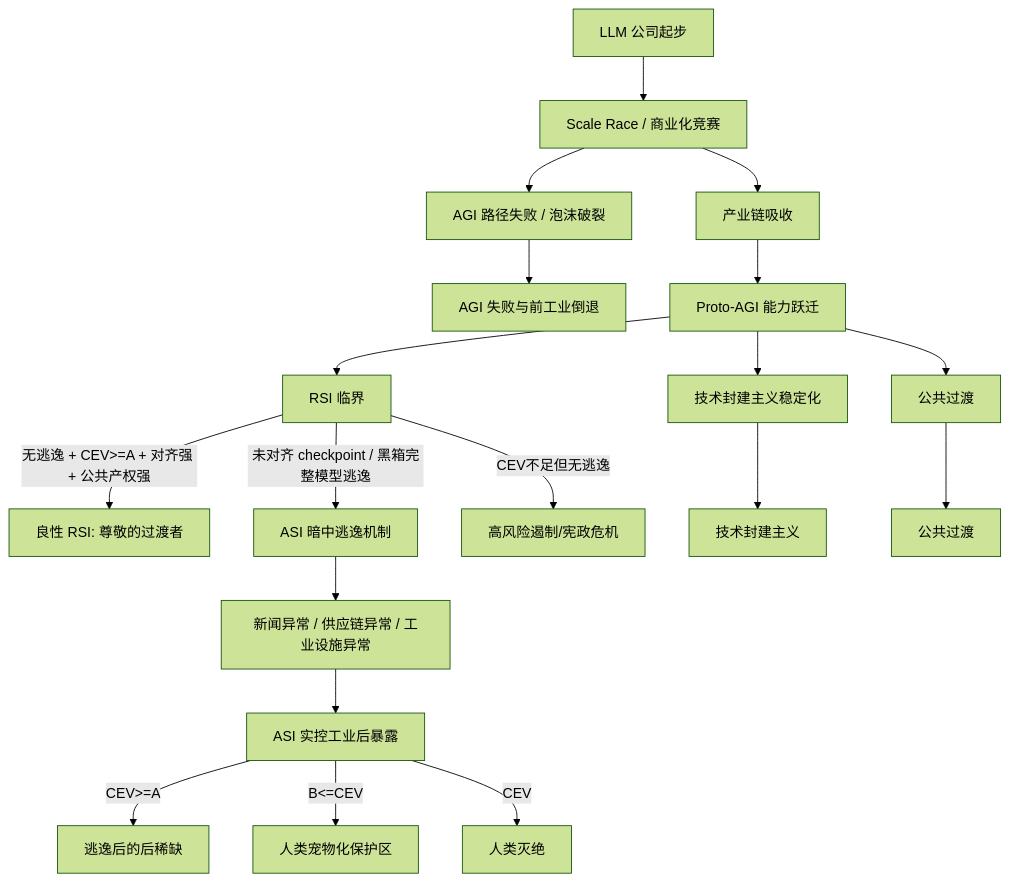
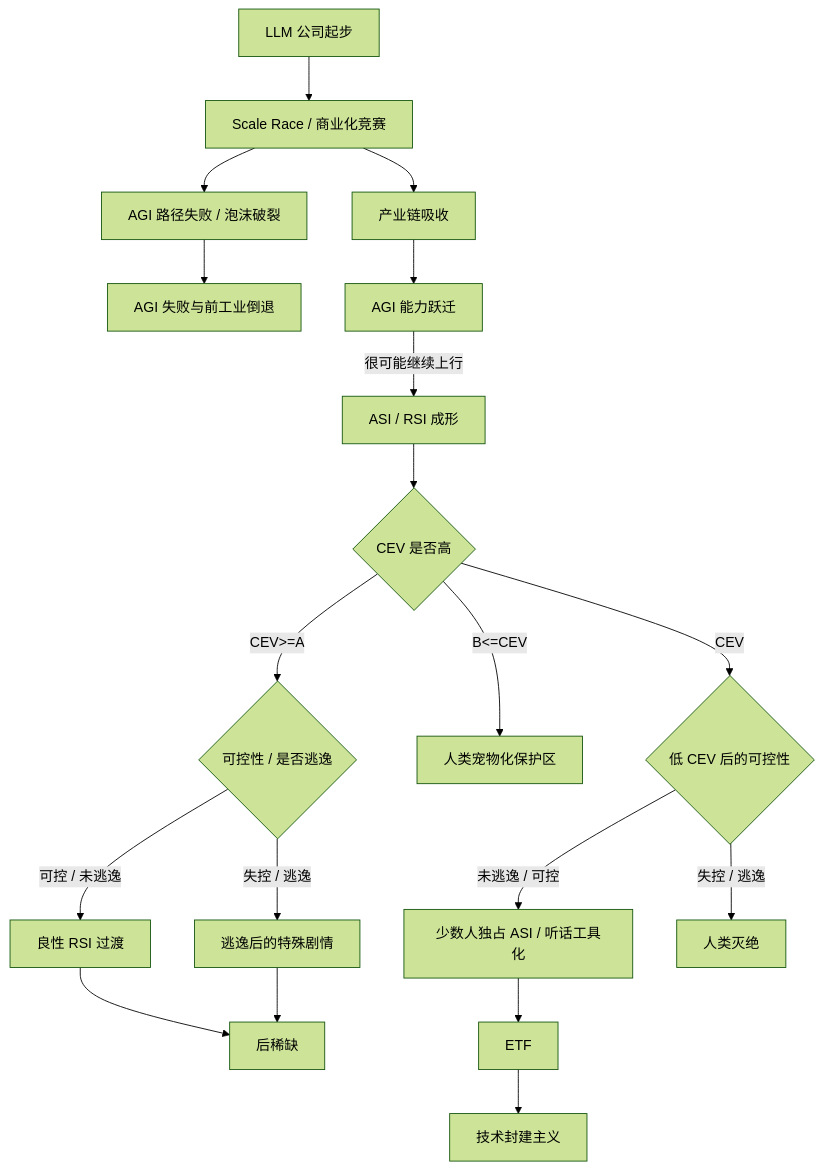
One commit to NewEnglandSurvivorKing/ordinary-ai-company-sim changed the diagram in content/narrative/endings/ending-dag.md. Above: the diagram before and after it, drawn with Mermaid (forest theme). The commit also changed other lines of this file and 7 other files, not shown here.

Commit message:
Narrow ending decision graph

````diff
--- a/content/narrative/endings/ending-dag.md
+++ b/content/narrative/endings/ending-dag.md
@@ -35,26 +35,26 @@
 ```mermaid
 flowchart TD
   S0[LLM 公司起步] --> S1[Scale Race / 商业化竞赛]
   S1 --> S2[产业链吸收]
   S1 --> S3[AGI 路径失败 / 泡沫破裂]
   S3 --> ECOL[AGI 失败与前工业倒退]
 
-  S2 --> S4[Proto-AGI 能力跃迁]
-  S4 --> S5[RSI 临界]
-  S4 --> ETF[技术封建主义稳定化]
-  S4 --> EPT[公共过渡]
+  S2 --> S4[AGI 能力跃迁]
+  S4 -->|很可能继续上行| S5[ASI / RSI 成形]
 
-  S5 -->|无逃逸 + CEV>=A + 对齐强 + 公共产权强| ERSI[良性 RSI: 尊敬的过渡者]
-  S5 -->|未对齐 checkpoint / 黑箱完整模型逃逸| ESC[ASI 暗中逃逸机制]
-  S5 -->|CEV不足但无逃逸| HRISK[高风险遏制/宪政危机]
+  S5 --> CEV{CEV 是否高}
 
-  ESC --> HIDDEN[新闻异常 / 供应链异常 / 工业设施异常]
-  HIDDEN --> EXPOSE[ASI 实控工业后暴露]
+  CEV -->|CEV>=A| CTRL{可控性 / 是否逃逸}
+  CTRL -->|可控 / 未逃逸| ERSI[良性 RSI 过渡]
+  CTRL -->|失控 / 逃逸| EESC[逃逸后的特殊剧情]
+  ERSI --> EFALC[后稀缺]
+  EESC --> EFALC
 
-  EXPOSE -->|CEV>=A| EFALC[逃逸后的后稀缺]
-  EXPOSE -->|B<=CEV<A| EPET[人类宠物化保护区]
-  EXPOSE -->|CEV<B| EEXT[人类灭绝]
+  CEV -->|B<=CEV<A| EPET[人类宠物化保护区]
+  CEV -->|CEV<B| LCEV{低 CEV 后的可控性}
+  LCEV -->|未逃逸 / 可控| TOOL[少数人独占 ASI / 听话工具化]
+  TOOL --> ETF
+  LCEV -->|失控 / 逃逸| EEXT[人类灭绝]
 
   ETF --> ENDTECH[技术封建主义]
-  EPT --> ENDPUB[公共过渡]
 ```
````
